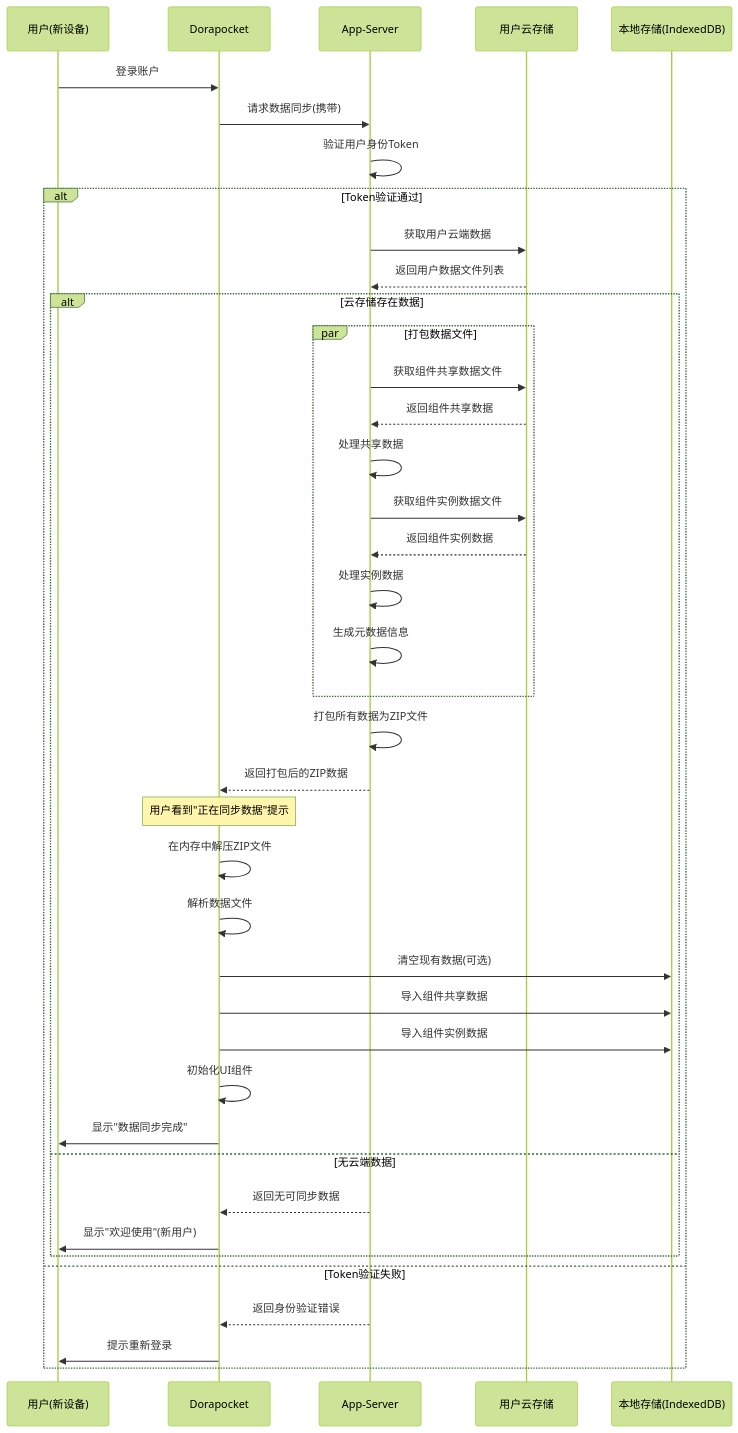
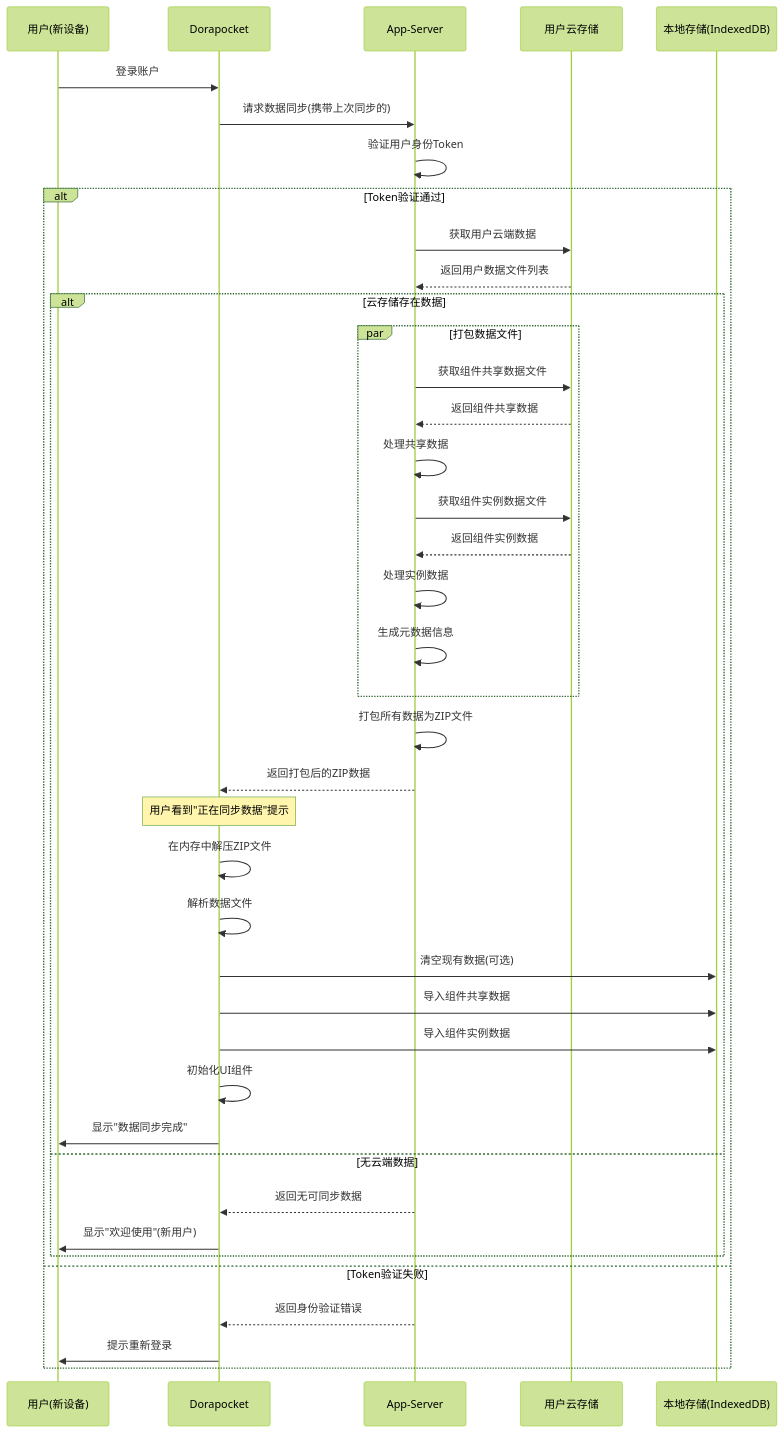
Before and after one commit to yingjianzh/iodraw-files: the diagram in all/未命名-38.md, drawn with Mermaid (forest theme).

Commit message:
2025-04-21 13:56:31 update

````diff
--- a/all/未命名-38.md
+++ b/all/未命名-38.md
@@ -1,53 +1,53 @@
 ```mermaid
 sequenceDiagram
     participant User as 用户(新设备)
     participant App as Dorapocket
     participant AppServer as App-Server
     participant UserCloud as 用户云存储
     participant LocalDB as 本地存储(IndexedDB)
     
     User->>App: 登录账户
     
-    App->>AppServer: 请求数据同步(携带)
+    App->>AppServer: 请求数据同步(携带上次同步的)
     AppServer->>AppServer: 验证用户身份Token
     
     alt Token验证通过
         AppServer->>UserCloud: 获取用户云端数据
         UserCloud-->>AppServer: 返回用户数据文件列表
         
         alt 云存储存在数据
             par 打包数据文件
                 AppServer->>UserCloud: 获取组件共享数据文件
                 UserCloud-->>AppServer: 返回组件共享数据
                 AppServer->>AppServer: 处理共享数据
                 
                 AppServer->>UserCloud: 获取组件实例数据文件
                 UserCloud-->>AppServer: 返回组件实例数据
                 AppServer->>AppServer: 处理实例数据
                 
                 AppServer->>AppServer: 生成元数据信息
             end
             
             AppServer->>AppServer: 打包所有数据为ZIP文件
             AppServer-->>App: 返回打包后的ZIP数据
             
             Note over App: 用户看到"正在同步数据"提示
             
             App->>App: 在内存中解压ZIP文件
             App->>App: 解析数据文件
             
             App->>LocalDB: 清空现有数据(可选)
             App->>LocalDB: 导入组件共享数据
             App->>LocalDB: 导入组件实例数据
             
             App->>App: 初始化UI组件
             App->>User: 显示"数据同步完成"
         else 无云端数据
             AppServer-->>App: 返回无可同步数据
             App->>User: 显示"欢迎使用"(新用户)
         end
     else Token验证失败
         AppServer-->>App: 返回身份验证错误
         App->>User: 提示重新登录
     end
 ```
````
